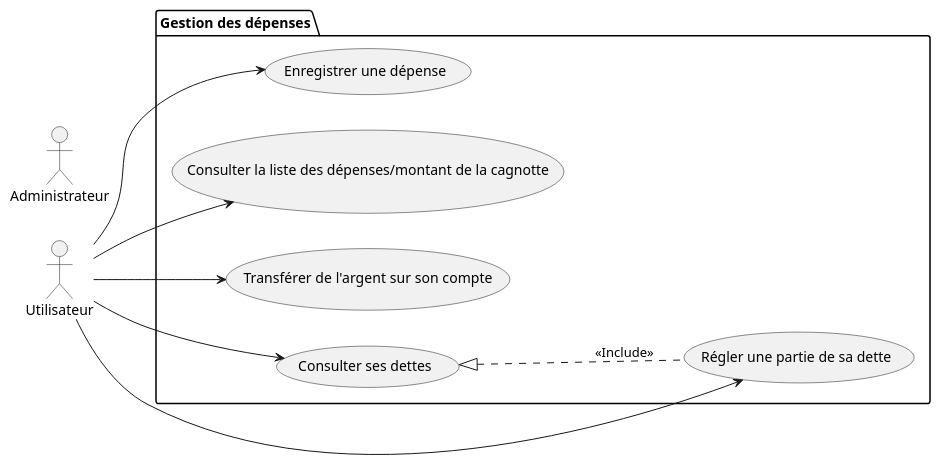
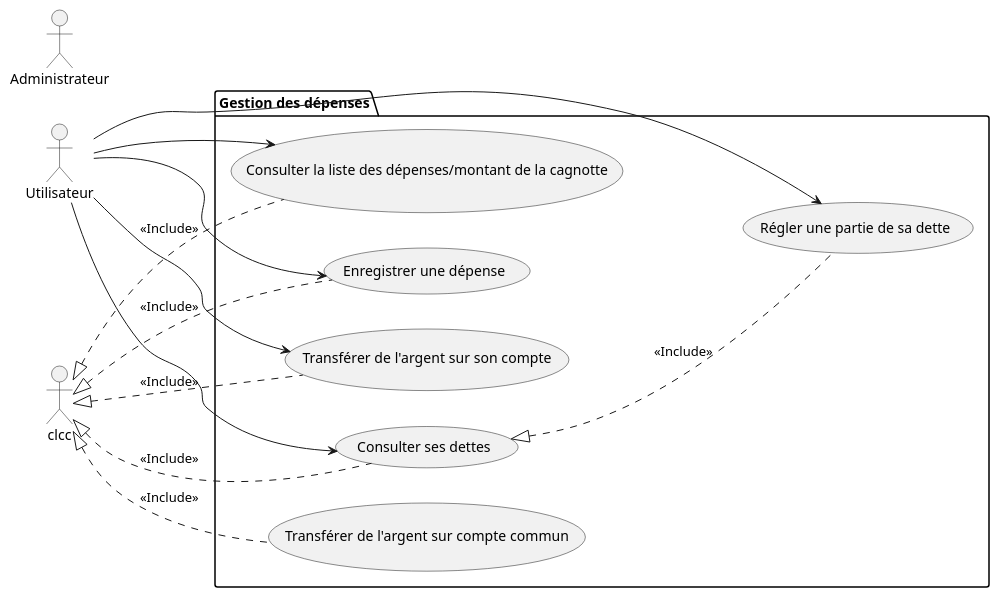
The diagram in diagrammes/specification/cas-utilisation/package-gestiondesdepenses.puml (lmtb06/sharecount), drawn with PlantUML before and after one commit. The commit also changed 11 other files, not shown here.

Commit message:
Modification des diagrammes de séquence

```diff
--- a/diagrammes/specification/cas-utilisation/package-gestiondesdepenses.puml
+++ b/diagrammes/specification/cas-utilisation/package-gestiondesdepenses.puml
@@ -1,24 +1,30 @@
 @startuml Cas utilisation - Gestion des dépenses
 left to right direction
 
 actor "Utilisateur" as User
 
 actor "Administrateur" as Admin
 
 package "Gestion des dépenses"{
         usecase "Enregistrer une dépense" as eud
         usecase "Consulter la liste des dépenses/montant de la cagnotte" as cllddmdlc
+        usecase "Transférer de l'argent sur compte commun" as tdascc
         usecase "Transférer de l'argent sur son compte" as tdassc
         usecase "Consulter ses dettes" as csd
         usecase "Régler une partie de sa dette" as rpd
 				csd <|.. rpd : <<Include>>
 }
 
 User --> eud
 User --> cllddmdlc
 User --> tdassc
 User --> csd
 User --> rpd
 
+clcc <|.. eud : <<Include>>
+clcc <|.. cllddmdlc : <<Include>>
+clcc <|.. tdascc : <<Include>>
+clcc <|.. tdassc : <<Include>>
+clcc <|.. csd : <<Include>>
 
 @enduml
```
